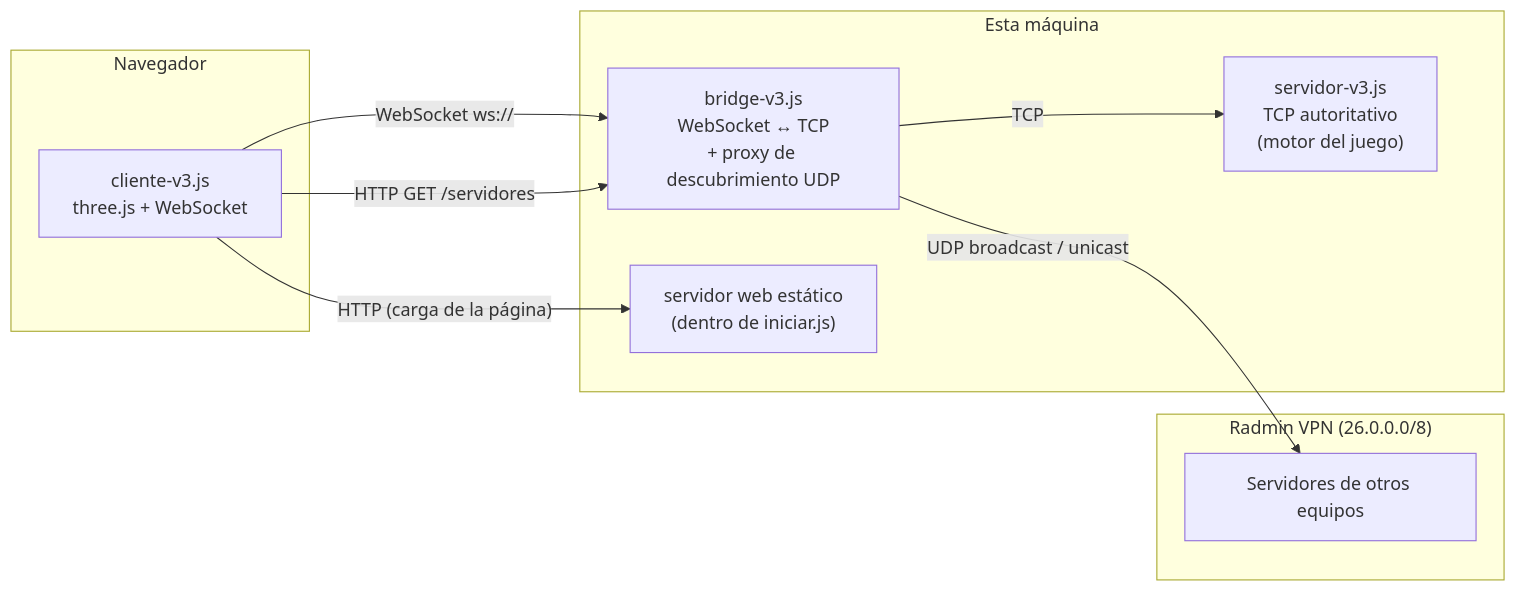
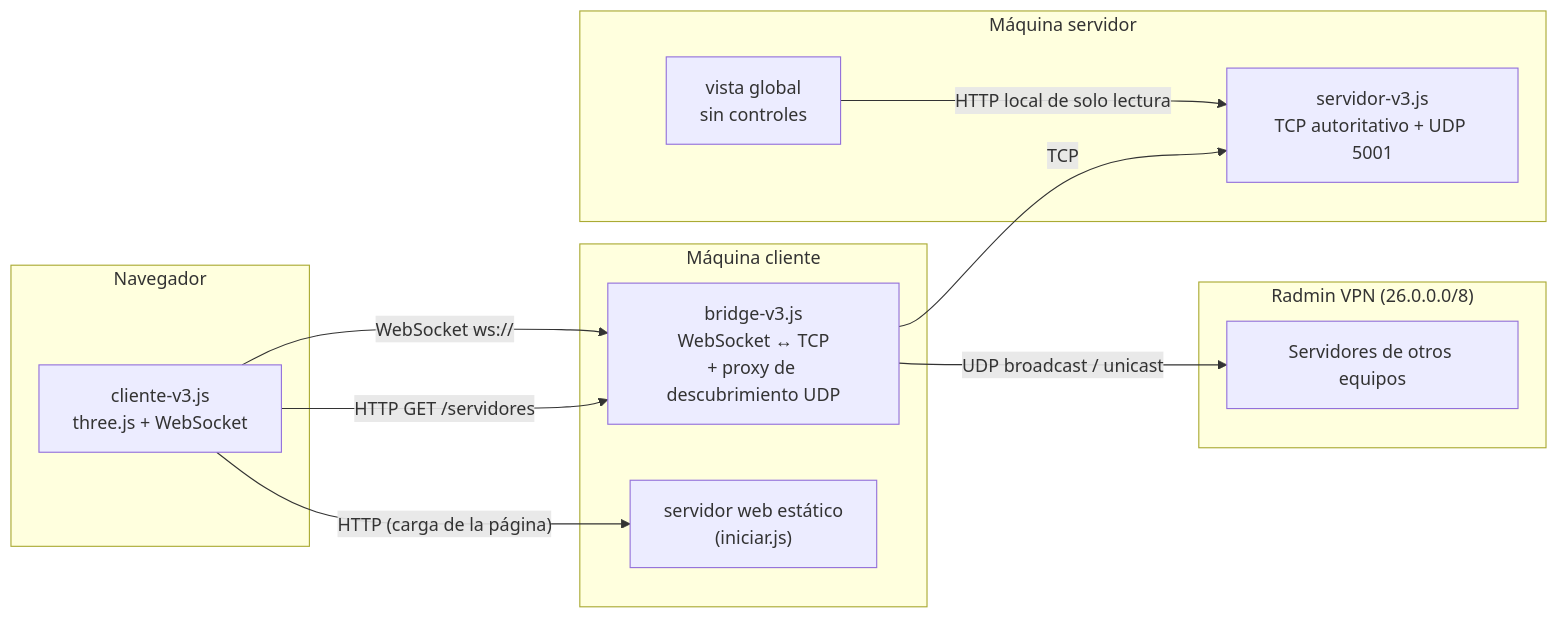
The diagram in docs/manual-conexion-red.md (Jorge-Cuevas90003/BladeFront), drawn with Mermaid before and after one commit. The commit also changed other lines of this file and 5 other files, not shown here.

````diff
--- a/docs/manual-conexion-red.md
+++ b/docs/manual-conexion-red.md
@@ -62,20 +63,24 @@
 ```mermaid
 flowchart LR
     subgraph Navegador
         C[cliente-v3.js<br/>three.js + WebSocket]
     end
-    subgraph "Esta máquina"
+    subgraph "Máquina cliente"
         B["bridge-v3.js<br/>WebSocket ↔ TCP<br/>+ proxy de descubrimiento UDP"]
-        S["servidor-v3.js<br/>TCP autoritativo<br/>(motor del juego)"]
-        W["servidor web estático<br/>(dentro de iniciar.js)"]
+        W["servidor web estático<br/>(iniciar.js)"]
+    end
+    subgraph "Máquina servidor"
+        S["servidor-v3.js<br/>TCP autoritativo + UDP 5001"]
+        V["vista global<br/>sin controles"]
     end
     subgraph "Radmin VPN (26.0.0.0/8)"
         Otros[Servidores de otros equipos]
     end
 
     C -- "WebSocket ws://" --> B
     C -- "HTTP GET /servidores" --> B
     B -- "TCP" --> S
     B -- "UDP broadcast / unicast" --> Otros
     C -- "HTTP (carga de la página)" --> W
+    V -- "HTTP local de solo lectura" --> S
 ```
````
